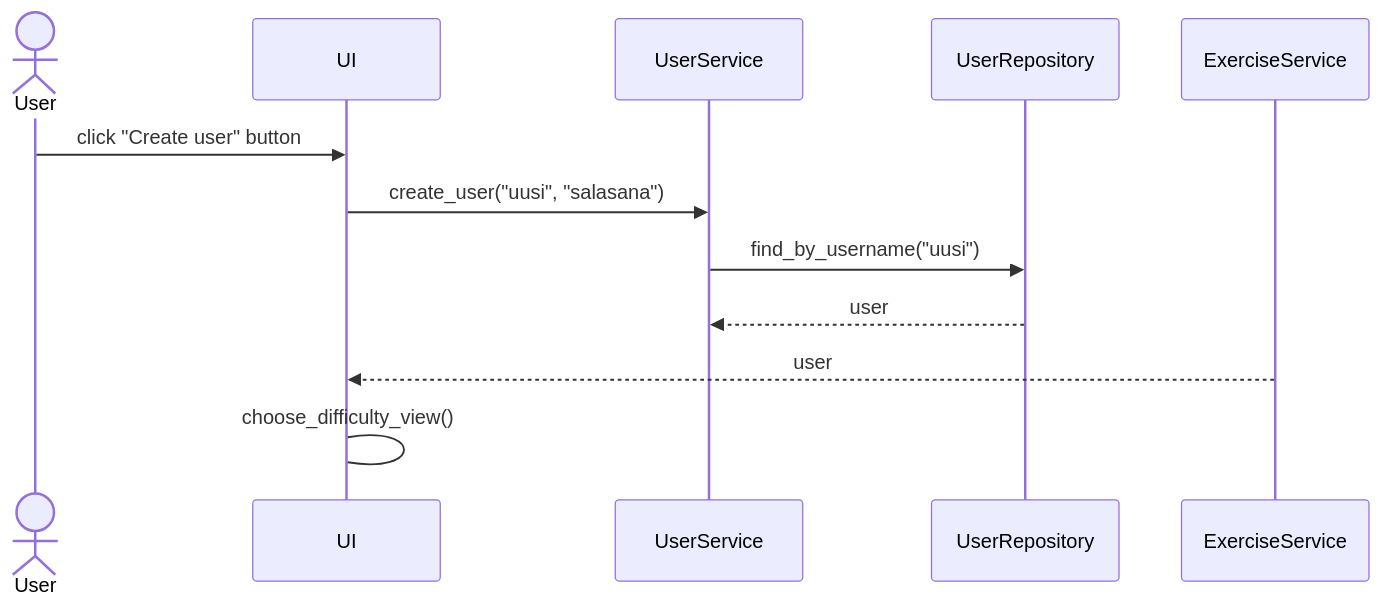
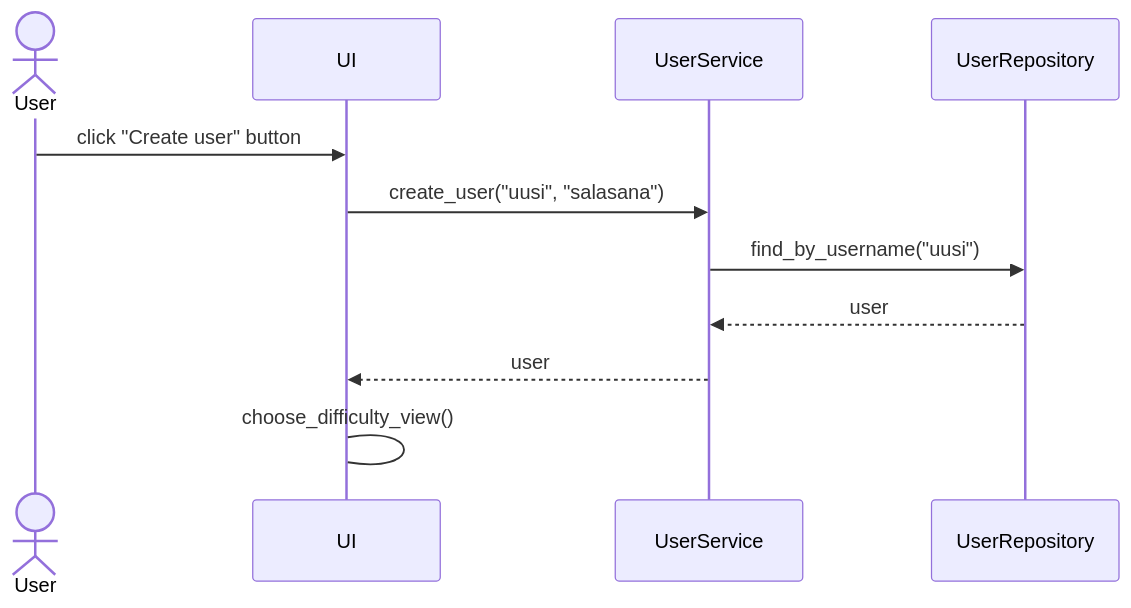
One commit to immone/ot-harjoitustyo-s2023 changed the second of 2 diagrams in dokumentaatio/arkkitehtuuri.md. Above: the diagram before and after it, drawn with Mermaid.

````diff
--- a/dokumentaatio/arkkitehtuuri.md
+++ b/dokumentaatio/arkkitehtuuri.md
@@ -67,13 +67,13 @@
 ```mermaid
 sequenceDiagram
   actor User
   participant UI
   participant UserService
   participant UserRepository
   User->>UI: click "Create user" button
   UI->>UserService: create_user("uusi", "salasana")
   UserService->>UserRepository: find_by_username("uusi")
   UserRepository-->>UserService: user
-  ExerciseService-->>UI: user
+  UserService-->>UI: user
   UI->UI: choose_difficulty_view()
 ```
````
